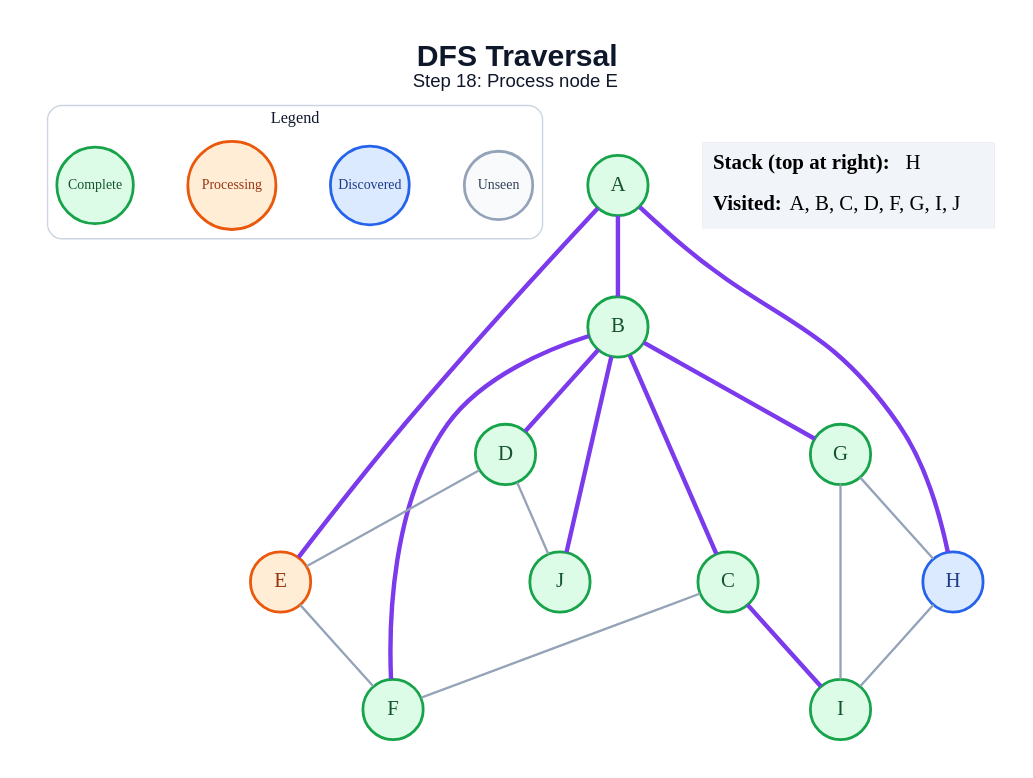
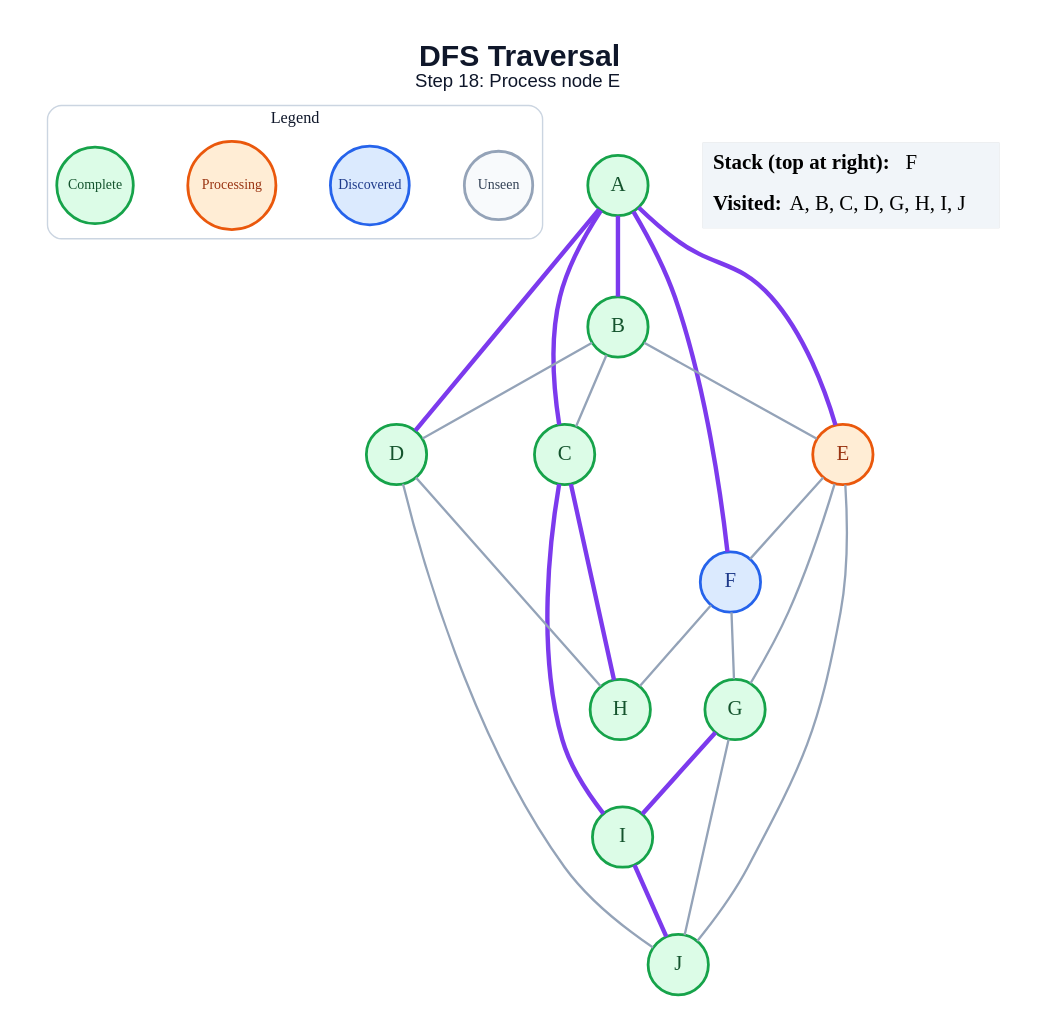
Before and after one commit to amanghodawala9/ai-slop: the diagram in generated/dfs/step_18.dot, drawn with Graphviz. The commit also changed 178 other files, not shown here.

```diff
--- a/generated/dfs/step_18.dot
+++ b/generated/dfs/step_18.dot
@@ -1,45 +1,49 @@
 graph traversal {
   graph [layout=dot, rankdir=TB, bgcolor="#FFFFFF", pad="0.35", nodesep="0.65", ranksep="0.8", fontname="Arial"];
   node [shape=circle, style="filled", fontname="Arial Bold", fontsize=18, width=0.72, fixedsize=true, penwidth=2.4];
   edge [color="#94A3B8", penwidth=2.0];
   label=<<B>DFS Traversal</B><BR/><FONT POINT-SIZE="16">Step 18: Process node E</FONT>>; labelloc="t"; fontsize=26; fontname="Arial"; fontcolor="#0F172A";
   subgraph cluster_legend { label="Legend"; color="#CBD5E1"; penwidth=1.2; style="rounded"; fontsize=14; fontname="Arial Bold";
     key_unseen [label="Unseen", fillcolor="#F8FAFC", color="#94A3B8", fontcolor="#334155", fontsize=12, width=0.82];
     key_frontier [label="Discovered", fillcolor="#DBEAFE", color="#2563EB", fontcolor="#1E3A8A", fontsize=12, width=0.95];
     key_current [label="Processing", fillcolor="#FFEDD5", color="#EA580C", fontcolor="#9A3412", fontsize=12, width=1.05];
     key_done [label="Complete", fillcolor="#DCFCE7", color="#16A34A", fontcolor="#14532D", fontsize=12, width=0.92];
     { rank=same; key_unseen; key_frontier; key_current; key_done; }
   }
   A [fillcolor="#DCFCE7", color="#16A34A", fontcolor="#14532D"];
   B [fillcolor="#DCFCE7", color="#16A34A", fontcolor="#14532D"];
   C [fillcolor="#DCFCE7", color="#16A34A", fontcolor="#14532D"];
   D [fillcolor="#DCFCE7", color="#16A34A", fontcolor="#14532D"];
   E [fillcolor="#FFEDD5", color="#EA580C", fontcolor="#9A3412"];
-  F [fillcolor="#DCFCE7", color="#16A34A", fontcolor="#14532D"];
+  F [fillcolor="#DBEAFE", color="#2563EB", fontcolor="#1E3A8A"];
   G [fillcolor="#DCFCE7", color="#16A34A", fontcolor="#14532D"];
-  H [fillcolor="#DBEAFE", color="#2563EB", fontcolor="#1E3A8A"];
+  H [fillcolor="#DCFCE7", color="#16A34A", fontcolor="#14532D"];
   I [fillcolor="#DCFCE7", color="#16A34A", fontcolor="#14532D"];
   J [fillcolor="#DCFCE7", color="#16A34A", fontcolor="#14532D"];
   A -- B [color="#7C3AED", penwidth=3.8];
+  A -- C [color="#7C3AED", penwidth=3.8];
+  A -- D [color="#7C3AED", penwidth=3.8];
   A -- E [color="#7C3AED", penwidth=3.8];
-  A -- H [color="#7C3AED", penwidth=3.8];
-  B -- C [color="#7C3AED", penwidth=3.8];
-  B -- D [color="#7C3AED", penwidth=3.8];
-  B -- F [color="#7C3AED", penwidth=3.8];
-  B -- G [color="#7C3AED", penwidth=3.8];
-  B -- J [color="#7C3AED", penwidth=3.8];
-  C -- F;
+  A -- F [color="#7C3AED", penwidth=3.8];
+  B -- C;
+  B -- D;
+  B -- E;
+  C -- H [color="#7C3AED", penwidth=3.8];
   C -- I [color="#7C3AED", penwidth=3.8];
-  D -- E;
+  D -- H;
   D -- J;
   E -- F;
-  G -- H;
-  G -- I;
-  H -- I;
+  E -- G;
+  E -- J;
+  F -- G;
+  F -- H;
+  G -- I [color="#7C3AED", penwidth=3.8];
+  G -- J;
+  I -- J [color="#7C3AED", penwidth=3.8];
   status [shape=plain, fixedsize=false, width=0, height=0, margin=0, label=<
     <TABLE BORDER="0" CELLBORDER="0" CELLPADDING="7" BGCOLOR="#F1F5F9">
-      <TR><TD ALIGN="LEFT"><B>Stack (top at right):</B> H</TD></TR>
-      <TR><TD ALIGN="LEFT"><B>Visited:</B> A, B, C, D, F, G, I, J</TD></TR>
+      <TR><TD ALIGN="LEFT"><B>Stack (top at right):</B> F</TD></TR>
+      <TR><TD ALIGN="LEFT"><B>Visited:</B> A, B, C, D, G, H, I, J</TD></TR>
     </TABLE>
   >];
 }
```
